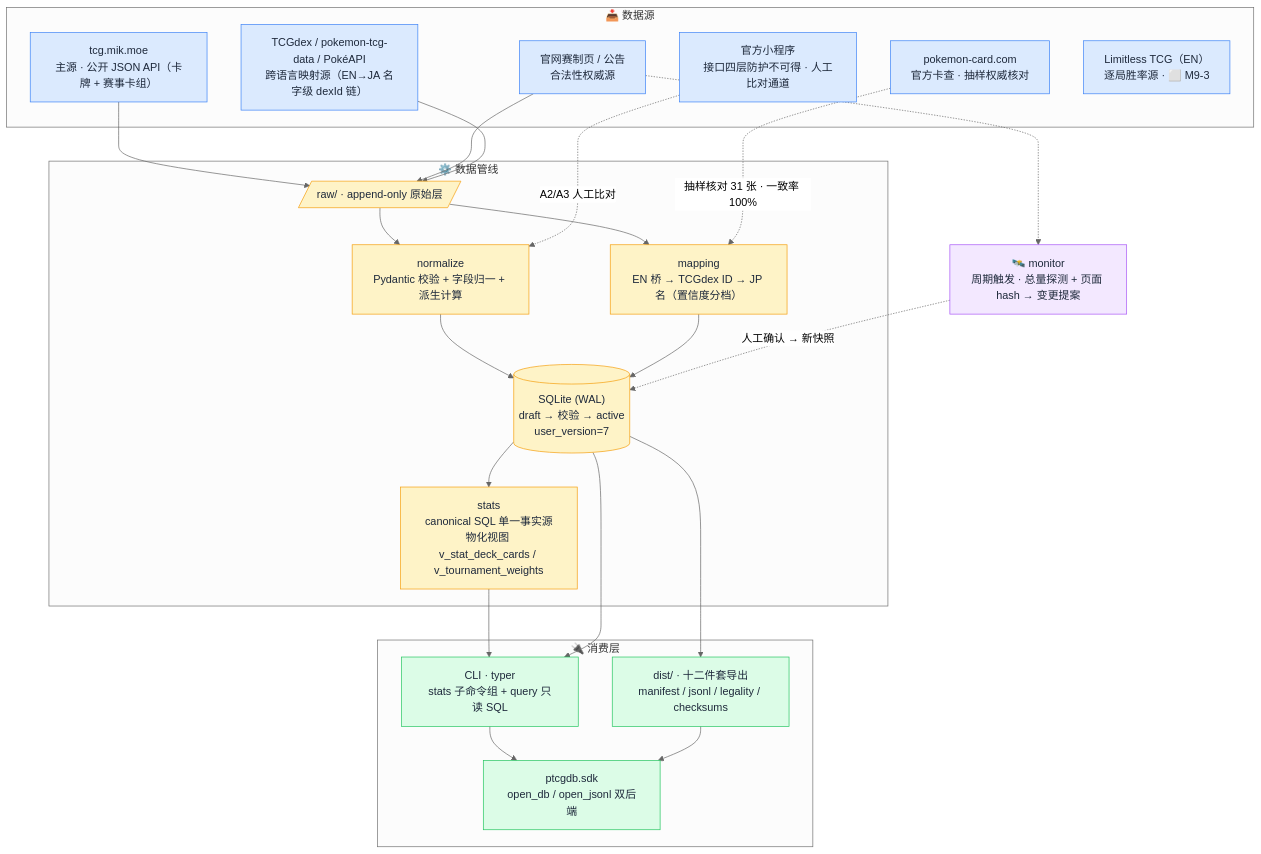
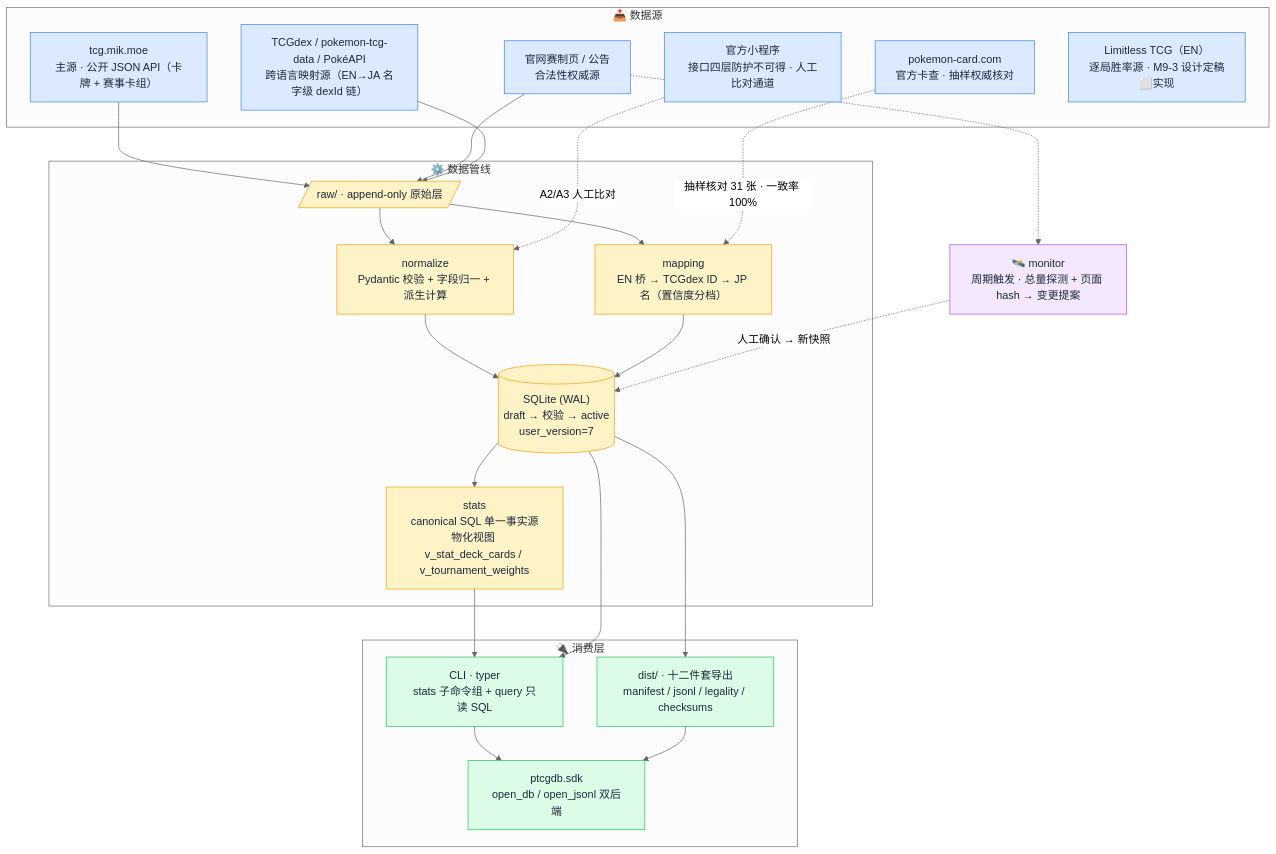
One commit to Bingtuu/Pokearena changed the diagram in README.md. Above: the diagram before and after it, drawn with Mermaid (neutral theme). The commit also changed other lines of this file and 7 other files, not shown here.

````diff
--- a/README.md
+++ b/README.md
@@ -85,52 +85,52 @@
 ```mermaid
 flowchart TB
     subgraph SRC["📥 数据源"]
         A["tcg.mik.moe<br/>主源 · 公开 JSON API（卡牌 + 赛事卡组）"]
         B["官网赛制页 / 公告<br/>合法性权威源"]
         C["官方小程序<br/>接口四层防护不可得 · 人工比对通道"]
         D["TCGdex / pokemon-tcg-data / PokéAPI<br/>跨语言映射源（EN→JA 名字级 dexId 链）"]
         E["pokemon-card.com<br/>官方卡查 · 抽样权威核对"]
-        F["Limitless TCG（EN）<br/>逐局胜率源 · ⬜ M9-3"]
+        F["Limitless TCG（EN）<br/>逐局胜率源 · M9-3 设计定稿⬜实现"]
     end
 
     subgraph PIPE["⚙️ 数据管线"]
         RAW[/"raw/ · append-only 原始层"/]
         NORM["normalize<br/>Pydantic 校验 + 字段归一 + 派生计算"]
         MAP["mapping<br/>EN 桥 → TCGdex ID → JP 名（置信度分档）"]
         DB[("SQLite (WAL)<br/>draft → 校验 → active<br/>user_version=7")]
         STATS["stats<br/>canonical SQL 单一事实源<br/>物化视图 v_stat_deck_cards / v_tournament_weights"]
     end
 
     subgraph OUT["🔌 消费层"]
         CLI["CLI · typer<br/>stats 子命令组 + query 只读 SQL"]
         DIST["dist/ · 十二件套导出<br/>manifest / jsonl / legality / checksums"]
         SDK["ptcgdb.sdk<br/>open_db / open_jsonl 双后端"]
     end
 
     MON["🛰️ monitor<br/>周期触发 · 总量探测 + 页面 hash → 变更提案"]
 
     A --> RAW
     B --> RAW
     D --> RAW
     RAW --> NORM --> DB
     RAW --> MAP --> DB
     E -.->|抽样核对 31 张 · 一致率 100%| MAP
     C -.->|A2/A3 人工比对| NORM
     DB --> STATS
     STATS --> CLI
     DB --> CLI
     DB --> DIST
     CLI --> SDK
     DIST --> SDK
     B -.-> MON
     MON -.->|人工确认 → 新快照| DB
 
     classDef source fill:#dbeafe,stroke:#3b82f6,color:#1e293b;
     classDef pipe fill:#fef3c7,stroke:#f59e0b,color:#1e293b;
     classDef out fill:#dcfce7,stroke:#22c55e,color:#1e293b;
     classDef mon fill:#f3e8ff,stroke:#a855f7,color:#1e293b;
     class A,B,C,D,E,F source;
     class RAW,NORM,MAP,DB,STATS pipe;
     class CLI,DIST,SDK out;
     class MON mon;
 ```
````
